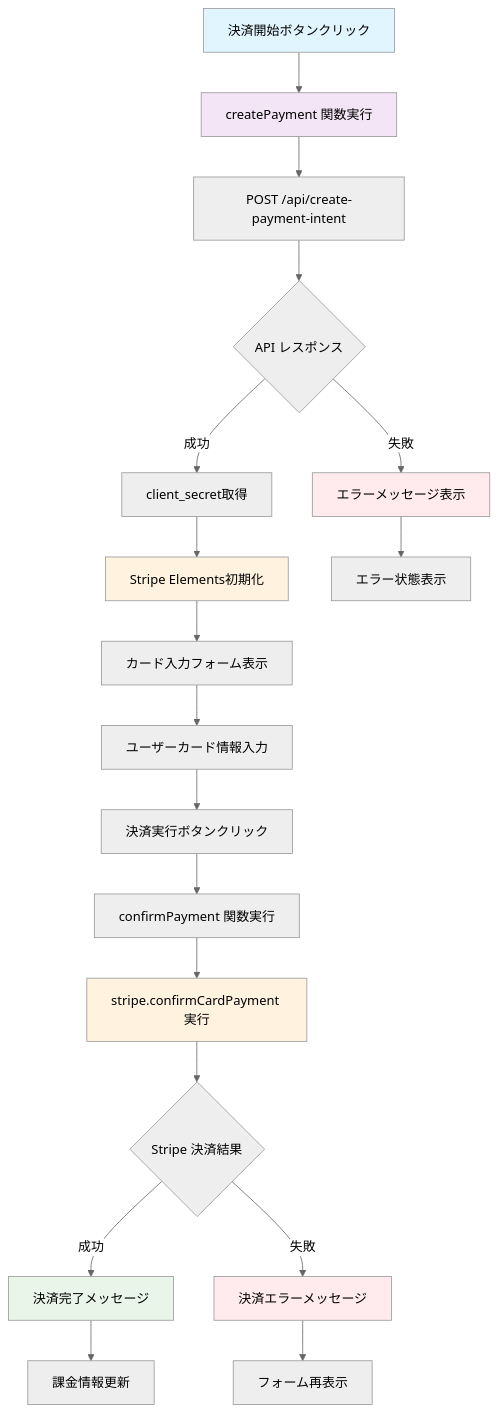
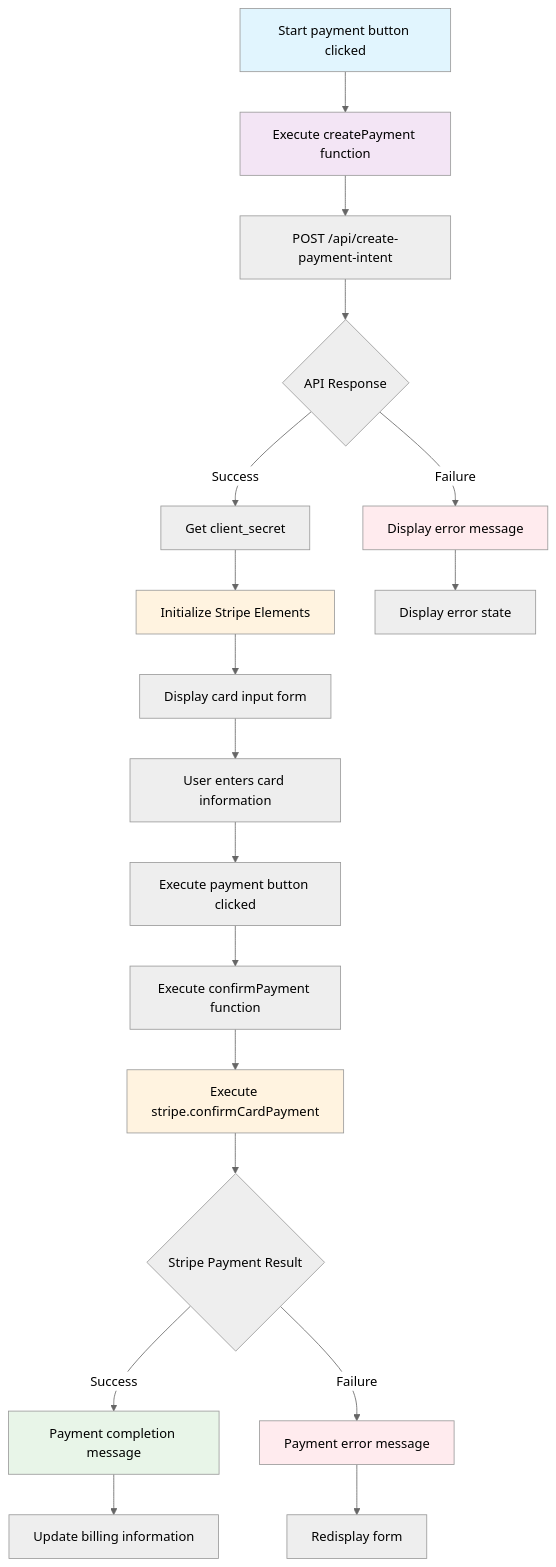
One commit to mi81ma/stripe-python changed the third of 3 diagrams in README.md. Above: the diagram before and after it, drawn with Mermaid (neutral theme). The commit also changed other lines of this file, not shown here.

````diff
--- a/README.md
+++ b/README.md
@@ -407,34 +389,34 @@
 ```mermaid
 graph TD
-    A[決済開始ボタンクリック] --> B[createPayment 関数実行]
+    A[Start payment button clicked] --> B[Execute createPayment function]
     B --> C[POST /api/create-payment-intent]
-    C --> D{API レスポンス}
+    C --> D{API Response}
     
-    D -->|成功| E[client_secret取得]
-    D -->|失敗| F[エラーメッセージ表示]
+    D -->|Success| E[Get client_secret]
+    D -->|Failure| F[Display error message]
     
-    E --> G[Stripe Elements初期化]
-    G --> H[カード入力フォーム表示]
-    H --> I[ユーザーカード情報入力]
-    I --> J[決済実行ボタンクリック]
+    E --> G[Initialize Stripe Elements]
+    G --> H[Display card input form]
+    H --> I[User enters card information]
+    I --> J[Execute payment button clicked]
     
-    J --> K[confirmPayment 関数実行]
-    K --> L[stripe.confirmCardPayment 実行]
-    L --> M{Stripe 決済結果}
+    J --> K[Execute confirmPayment function]
+    K --> L[Execute stripe.confirmCardPayment]
+    L --> M{Stripe Payment Result}
     
-    M -->|成功| N[決済完了メッセージ]
-    M -->|失敗| O[決済エラーメッセージ]
+    M -->|Success| N[Payment completion message]
+    M -->|Failure| O[Payment error message]
     
-    N --> P[課金情報更新]
-    O --> Q[フォーム再表示]
+    N --> P[Update billing information]
+    O --> Q[Redisplay form]
     
-    F --> R[エラー状態表示]
+    F --> R[Display error state]
     
     style A fill:#e1f5fe
     style B fill:#f3e5f5
     style G fill:#fff3e0
     style L fill:#fff3e0
     style N fill:#e8f5e8
     style O fill:#ffebee
     style F fill:#ffebee
 ```
````
